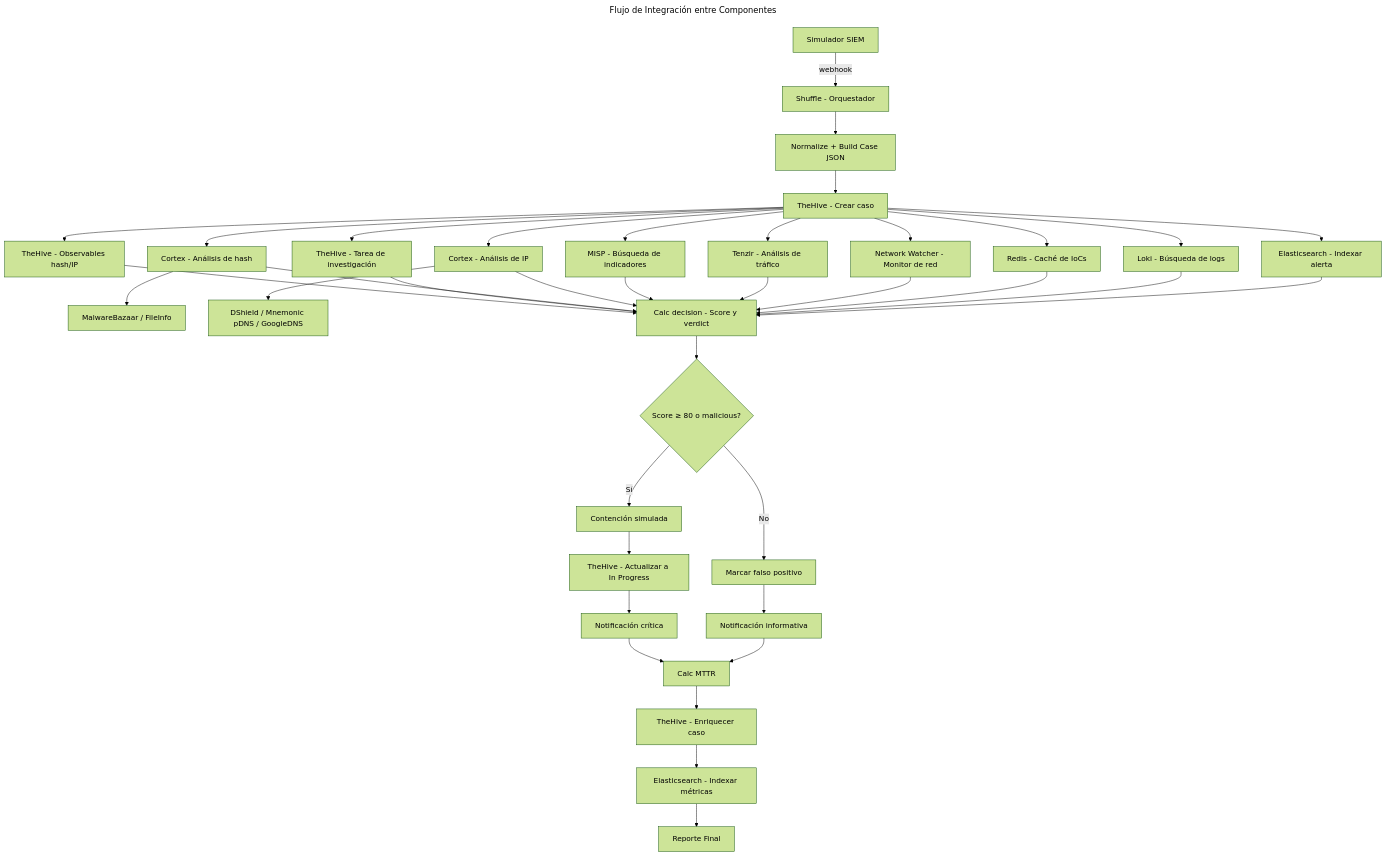
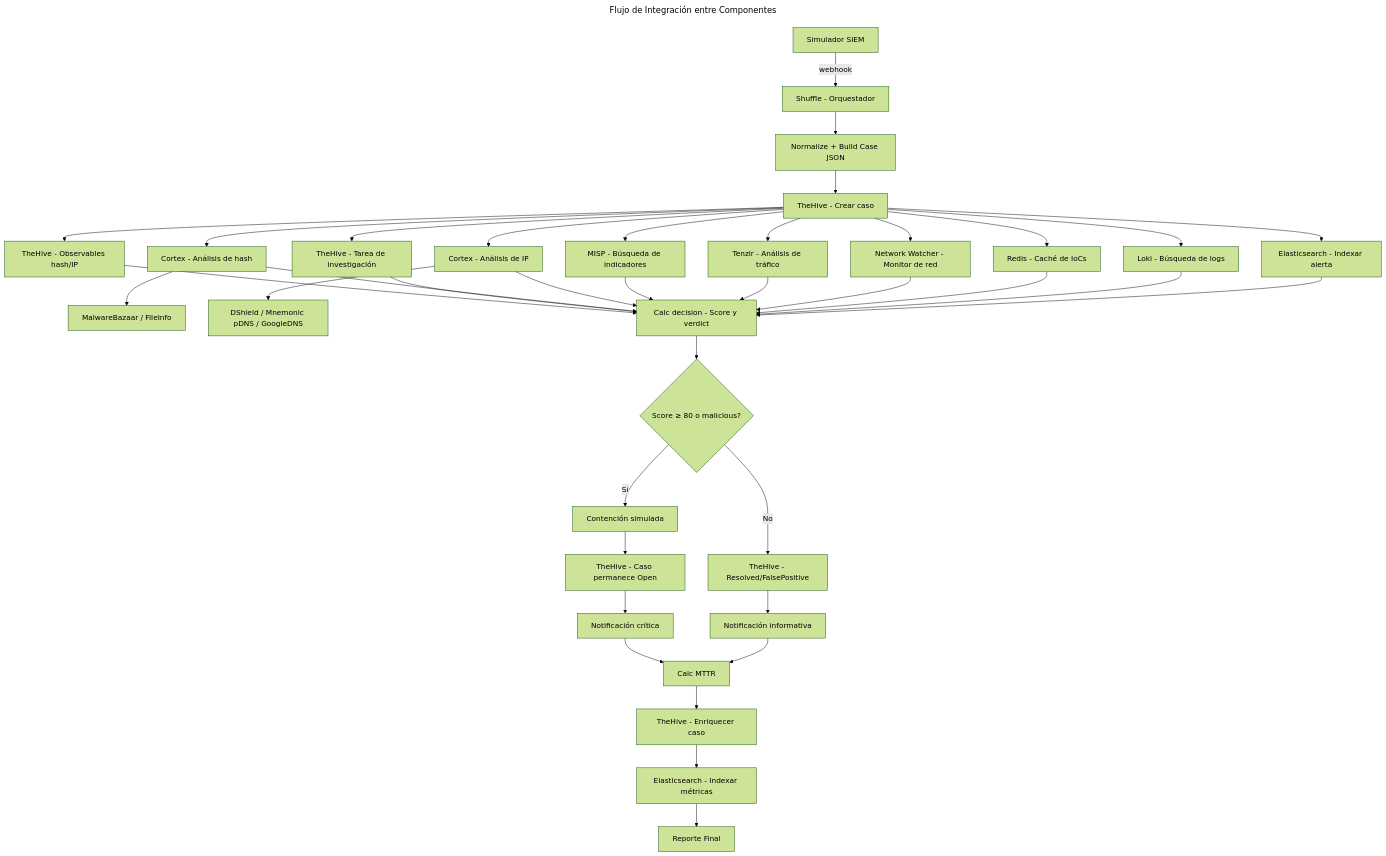
Before and after one commit to alesanfe/soar-ransomware-lab: the fourth of 10 diagrams in docs/thesis/specific_development.md, drawn with Mermaid (forest theme). The commit also changed other lines of this file, not shown here.

First line of the commit message:
docs(thesis): corregir 'In Progress' en diagramas y texto

````diff
--- a/docs/thesis/specific_development.md
+++ b/docs/thesis/specific_development.md
@@ -278,42 +278,42 @@
 ```mermaid
 ---
 title: Flujo de Integración entre Componentes
 ---
 graph TD
     A[Simulador SIEM] -->|webhook| B[Shuffle - Orquestador]
     B --> C[Normalize + Build Case JSON]
     C --> D[TheHive - Crear caso]
     D --> E[TheHive - Observables hash/IP]
     D --> F[TheHive - Tarea de investigación]
     D --> G[Cortex - Análisis de hash]
     D --> H[Cortex - Análisis de IP]
     G --> I[MalwareBazaar / FileInfo]
     H --> J[DShield / Mnemonic pDNS / GoogleDNS]
     D --> K[MISP - Búsqueda de indicadores]
     D --> L[Tenzir - Análisis de tráfico]
     D --> M[Network Watcher - Monitor de red]
     D --> N[Redis - Caché de IoCs]
     D --> O[Loki - Búsqueda de logs]
     D --> ES[Elasticsearch - Indexar alerta]
     E --> P[Calc decision - Score y verdict]
     F --> P
     G --> P
     H --> P
     K --> P
     L --> P
     M --> P
     N --> P
     O --> P
     ES --> P
     P --> Q{Score ≥ 80 o malicious?}
     Q -->|Sí| R[Contención simulada]
-    Q -->|No| S[Marcar falso positivo]
-    R --> T[TheHive - Actualizar a In Progress]
+    Q -->|No| S[TheHive - Resolved/FalsePositive]
+    R --> T[TheHive - Caso permanece Open]
     T --> V[Notificación crítica]
     S --> W[Notificación informativa]
     V --> Y[Calc MTTR]
     W --> Y
     Y --> X[TheHive - Enriquecer caso]
     X --> Z[Elasticsearch - Indexar métricas]
     Z --> AA[Reporte Final]
 ```
````
